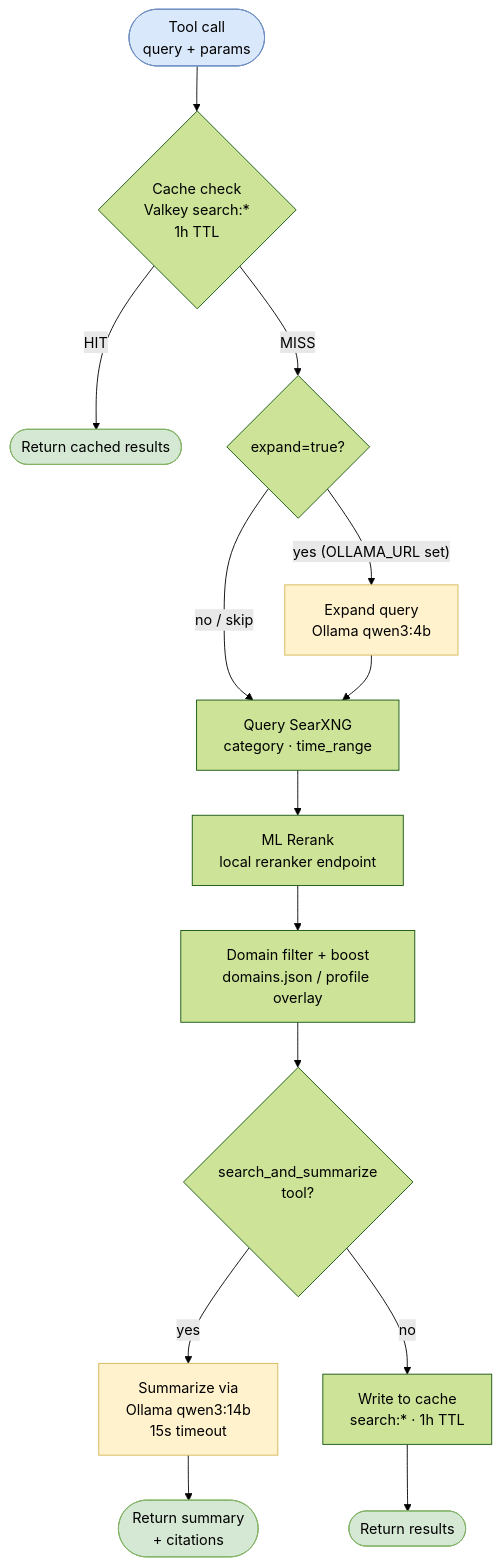
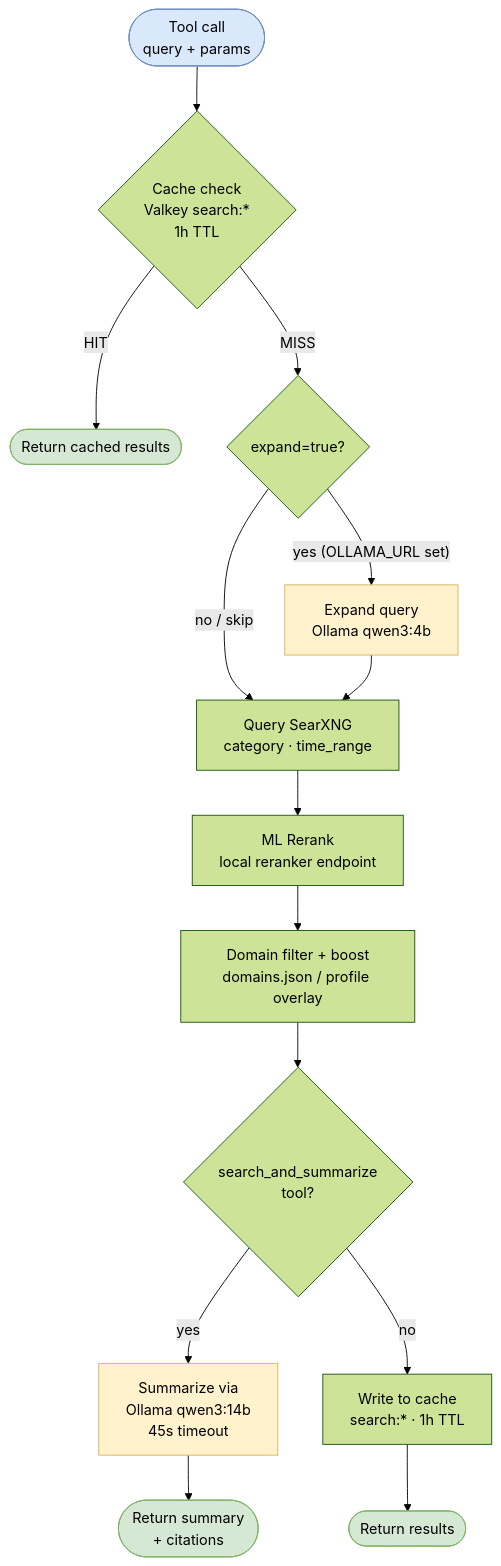
Before and after one commit to TadMSTR/homelab-agent: the diagram in docs/components/searxng-mcp.md, drawn with Mermaid (forest theme). The commit also changed other lines of this file and 2 other files, not shown here.

````diff
--- a/docs/components/searxng-mcp.md
+++ b/docs/components/searxng-mcp.md
@@ -85,23 +85,23 @@
 ```mermaid
 flowchart TD
     A(["Tool call\nquery + params"]) --> B{"Cache check\nValkey search:*\n1h TTL"}
     B -- "HIT" --> HIT(["Return cached results"])
     B -- "MISS" --> EX{"expand=true?"}
     EX -- "yes (OLLAMA_URL set)" --> EXP["Expand query\nOllama qwen3:4b"]
     EX -- "no / skip" --> C
     EXP --> C["Query SearXNG\ncategory · time_range"]
     C --> D["ML Rerank\nlocal reranker endpoint"]
     D --> E["Domain filter + boost\ndomains.json / profile overlay"]
     E --> SUM{"search_and_summarize\ntool?"}
-    SUM -- "yes" --> SUMM["Summarize via\nOllama qwen3:14b\n15s timeout"]
+    SUM -- "yes" --> SUMM["Summarize via\nOllama qwen3:14b\n45s timeout"]
     SUM -- "no" --> F["Write to cache\nsearch:* · 1h TTL"]
     SUMM --> SDONE(["Return summary\n+ citations"])
     F --> DONE(["Return results"])
 
     style HIT fill:#d5e8d4,stroke:#82b366
     style DONE fill:#d5e8d4,stroke:#82b366
     style SDONE fill:#d5e8d4,stroke:#82b366
     style A fill:#dae8fc,stroke:#6c8ebf
     style EXP fill:#fff2cc,stroke:#d6b656
     style SUMM fill:#fff2cc,stroke:#d6b656
 ```
````
